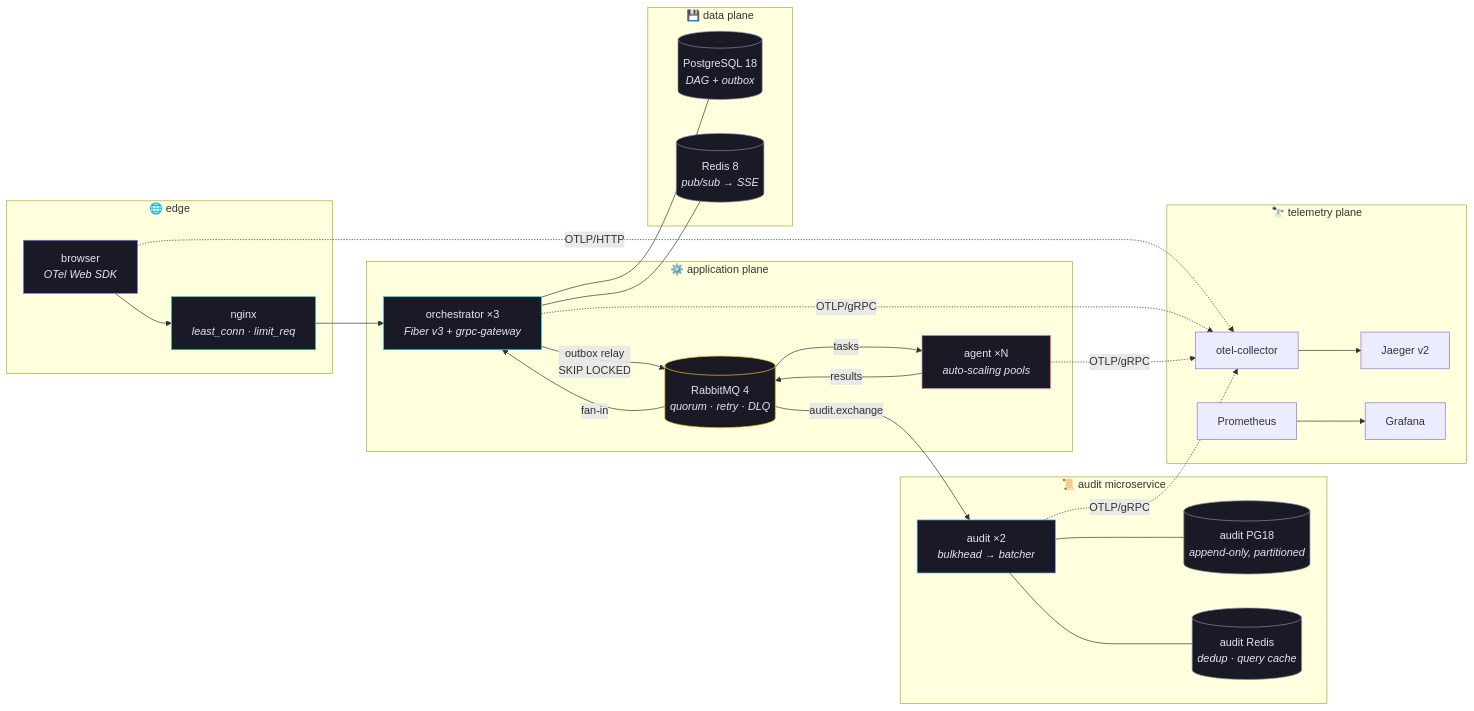
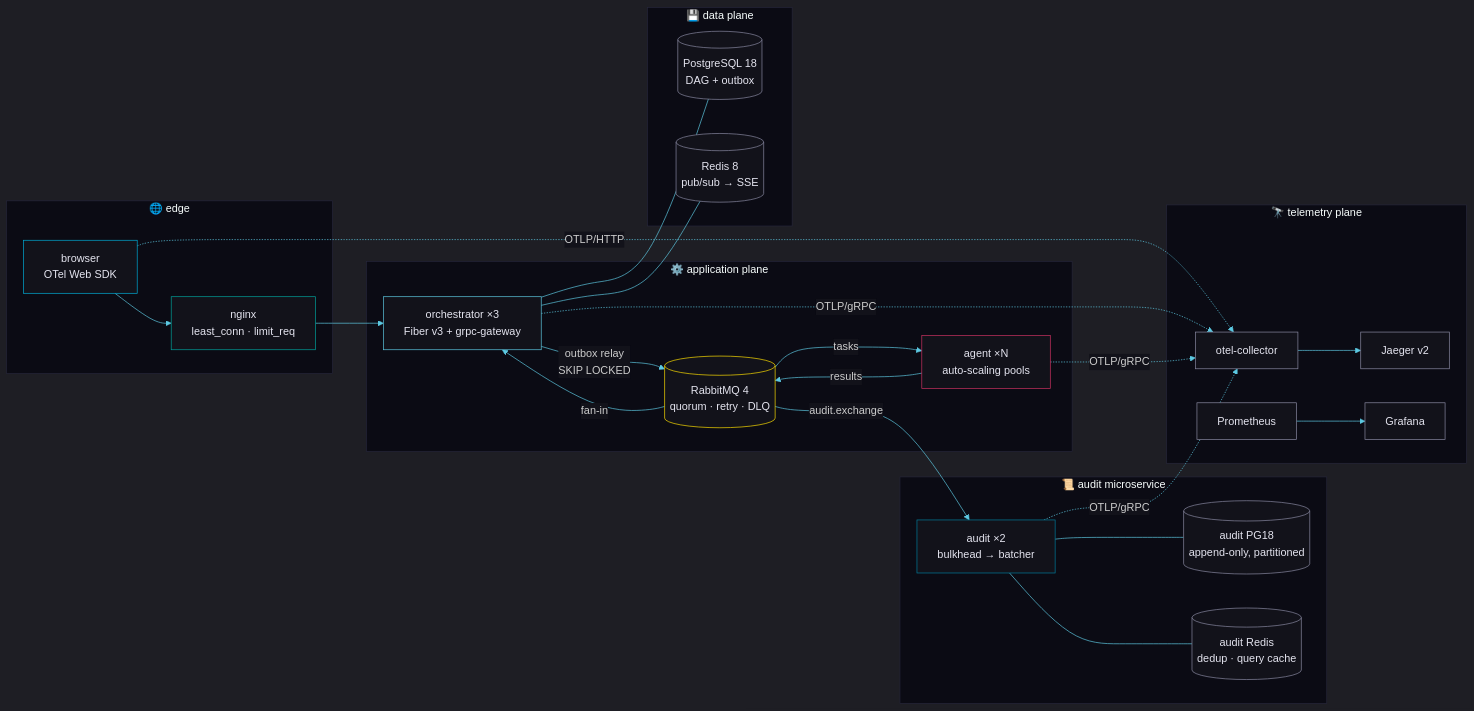
One commit to KFN002/golang-service-architecture changed the first of 4 diagrams in README.md. Above: the diagram before and after it, drawn with Mermaid. The commit also changed other lines of this file and 6 other files, not shown here.

Commit message:
style: Go brand palette (Gopher Blue) across dashboard, charts, SVG banners, mermaid; fix mermaid html tags + add theme init and telemetry node styles

````diff
--- a/README.md
+++ b/README.md
@@ -75,44 +75,49 @@
 ```mermaid
+%%{init: {'theme':'dark','themeVariables':{'primaryColor':'#12121a','primaryBorderColor':'#00add8','primaryTextColor':'#e4e4ef','lineColor':'#5dc9e2','clusterBkg':'#0b0b14','clusterBorder':'#26263a','edgeLabelBackground':'#12121a'}}}%%
 flowchart LR
     subgraph edge [" 🌐 edge "]
-        B["browser<br/><i>OTel Web SDK</i>"] --> N["nginx<br/><i>least_conn · limit_req</i>"]
+        B["browser<br/>OTel Web SDK"] --> N["nginx<br/>least_conn · limit_req"]
     end
 
     subgraph app [" ⚙️ application plane "]
-        N --> O1["orchestrator ×3<br/><i>Fiber v3 + grpc-gateway</i>"]
-        O1 -->|"outbox relay<br/>SKIP LOCKED"| MQ[("RabbitMQ 4<br/><i>quorum · retry · DLQ</i>")]
-        MQ -->|tasks| A1["agent ×N<br/><i>auto-scaling pools</i>"]
+        N --> O1["orchestrator ×3<br/>Fiber v3 + grpc-gateway"]
+        O1 -->|"outbox relay<br/>SKIP LOCKED"| MQ[("RabbitMQ 4<br/>quorum · retry · DLQ")]
+        MQ -->|tasks| A1["agent ×N<br/>auto-scaling pools"]
         A1 -->|results| MQ
         MQ -->|fan-in| O1
     end
 
     subgraph data [" 💾 data plane "]
-        O1 --- PG[("PostgreSQL 18<br/><i>DAG + outbox</i>")]
-        O1 --- R[("Redis 8<br/><i>pub/sub → SSE</i>")]
+        O1 --- PG[("PostgreSQL 18<br/>DAG + outbox")]
+        O1 --- R[("Redis 8<br/>pub/sub → SSE")]
     end
 
     subgraph audit [" 📜 audit microservice "]
-        MQ -->|"audit.exchange"| AU["audit ×2<br/><i>bulkhead → batcher</i>"]
-        AU --- APG[("audit PG18<br/><i>append-only, partitioned</i>")]
-        AU --- AR[("audit Redis<br/><i>dedup · query cache</i>")]
+        MQ -->|"audit.exchange"| AU["audit ×2<br/>bulkhead → batcher"]
+        AU --- APG[("audit PG18<br/>append-only, partitioned")]
+        AU --- AR[("audit Redis<br/>dedup · query cache")]
     end
 
     subgraph obs [" 🔭 telemetry plane "]
         OC["otel-collector"] --> J["Jaeger v2"]
         P["Prometheus"] --> G["Grafana"]
     end
 
     B -.->|OTLP/HTTP| OC
     O1 & A1 & AU -.->|OTLP/gRPC| OC
 
-    style B fill:#1a1a26,stroke:#7c6cf6,color:#e4e4ef
-    style N fill:#1a1a26,stroke:#34d399,color:#e4e4ef
-    style O1 fill:#1a1a26,stroke:#22d3ee,color:#e4e4ef
-    style A1 fill:#1a1a26,stroke:#f472b6,color:#e4e4ef
-    style AU fill:#1a1a26,stroke:#60a5fa,color:#e4e4ef
-    style MQ fill:#1a1a26,stroke:#fbbf24,color:#e4e4ef
-    style PG fill:#1a1a26,stroke:#8a8aa3,color:#e4e4ef
-    style APG fill:#1a1a26,stroke:#8a8aa3,color:#e4e4ef
-    style R fill:#1a1a26,stroke:#8a8aa3,color:#e4e4ef
-    style AR fill:#1a1a26,stroke:#8a8aa3,color:#e4e4ef
+    style B fill:#12121a,stroke:#00add8,color:#e4e4ef
+    style N fill:#12121a,stroke:#00a29c,color:#e4e4ef
+    style O1 fill:#12121a,stroke:#5dc9e2,color:#e4e4ef
+    style A1 fill:#12121a,stroke:#ce3262,color:#e4e4ef
+    style AU fill:#12121a,stroke:#007d9c,color:#e4e4ef
+    style MQ fill:#12121a,stroke:#fddd00,color:#e4e4ef
+    style PG fill:#12121a,stroke:#8a8aa3,color:#e4e4ef
+    style APG fill:#12121a,stroke:#8a8aa3,color:#e4e4ef
+    style R fill:#12121a,stroke:#8a8aa3,color:#e4e4ef
+    style AR fill:#12121a,stroke:#8a8aa3,color:#e4e4ef
+    style OC fill:#12121a,stroke:#8a8aa3,color:#e4e4ef
+    style J fill:#12121a,stroke:#8a8aa3,color:#e4e4ef
+    style P fill:#12121a,stroke:#8a8aa3,color:#e4e4ef
+    style G fill:#12121a,stroke:#8a8aa3,color:#e4e4ef
 ```
````
